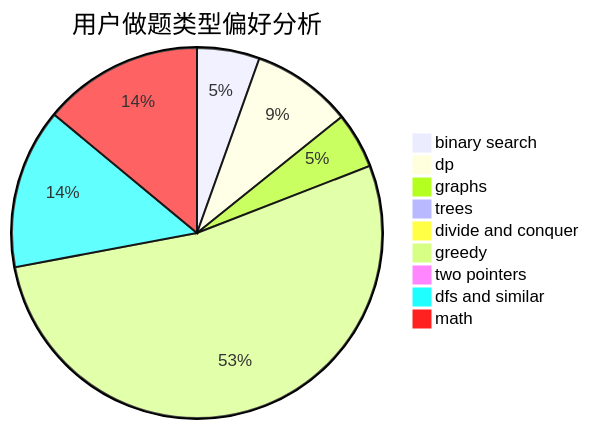
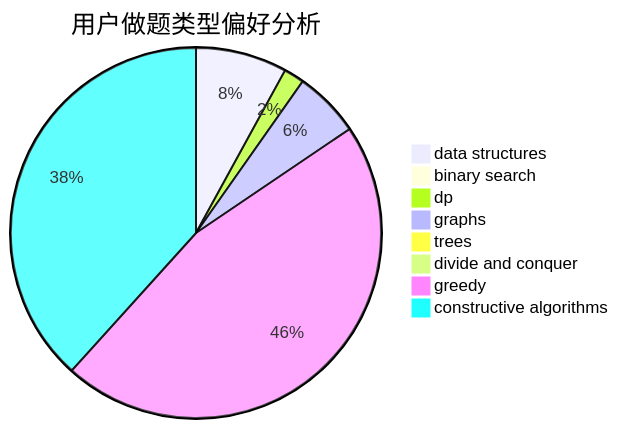
Before and after one commit to sherpahu/cfrs.github.io: the second of 3 diagrams in docs/user/u1903.md, drawn with Mermaid. The commit also changed other lines of this file and 2775 other files, not shown here.

````diff
--- a/docs/user/u1903.md
+++ b/docs/user/u1903.md
@@ -23,12 +23,11 @@
 ```mermaid
 pie title 用户做题类型偏好分析
-    "binary search" :  66
-    "dp" :  106
-    "graphs" :  59
-    "trees" :  2
+    "data structures" :  76
+    "binary search" :  1
+    "dp" :  17
+    "graphs" :  55
+    "trees" :  0
     "divide and conquer" :  5
-    "greedy" :  640
-    "two pointers" :  1
-    "dfs and similar" :  169
-    "math" :  169
+    "greedy" :  440
+    "constructive algorithms" :  365
 ```
````
